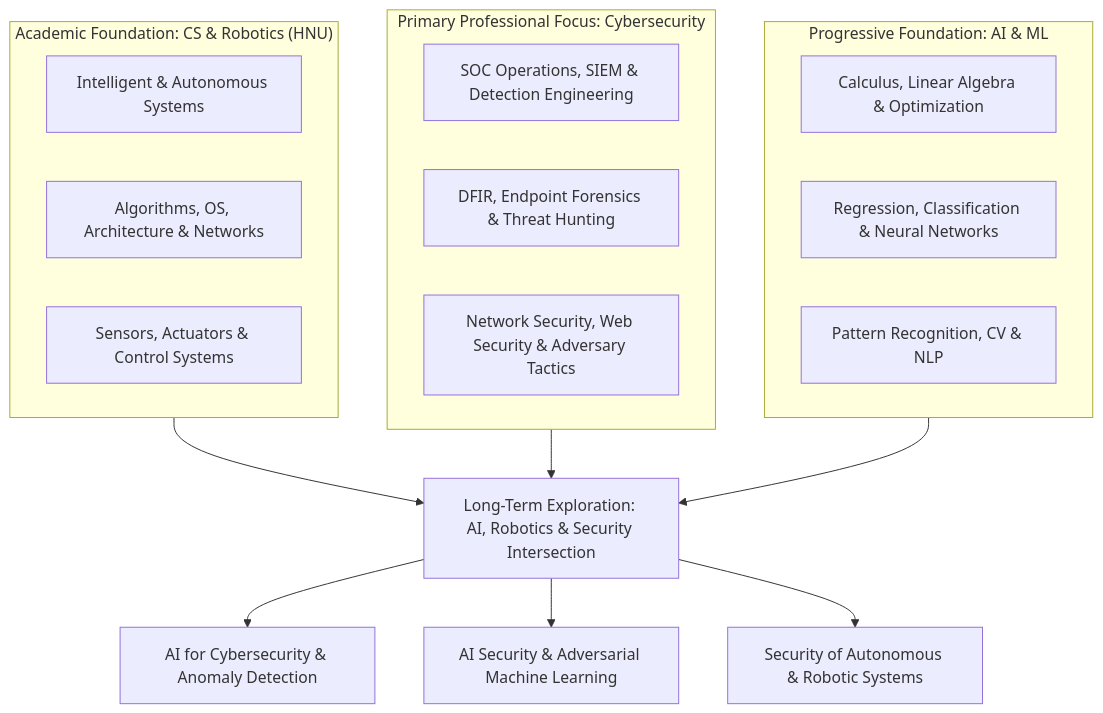
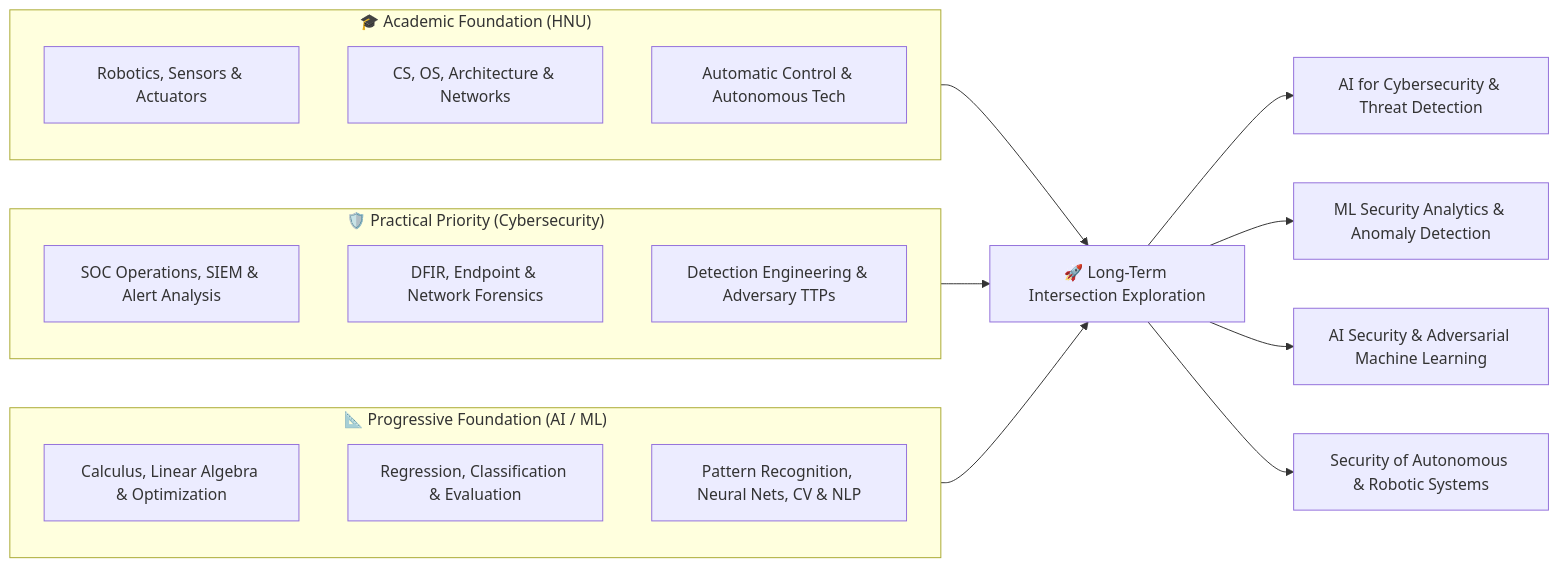
The diagram in README.md (Antonyos-Farag/HOW_AM_I.), drawn with Mermaid before and after one commit. The commit also changed other lines of this file and 10 other files, not shown here.

````diff
--- a/README.md
+++ b/README.md
@@ -148,28 +240,29 @@
 ```mermaid
-graph TD
-    subgraph CS_Robotics["Academic Foundation: CS & Robotics (HNU)"]
-        R1["Intelligent & Autonomous Systems"]
-        R2["Algorithms, OS, Architecture & Networks"]
-        R3["Sensors, Actuators & Control Systems"]
+graph LR
+    subgraph Academic["🎓 Academic Foundation (HNU)"]
+        A1["Robotics, Sensors & Actuators"]
+        A2["CS, OS, Architecture & Networks"]
+        A3["Automatic Control & Autonomous Tech"]
     end
 
-    subgraph Cyber["Primary Professional Focus: Cybersecurity"]
-        C1["SOC Operations, SIEM & Detection Engineering"]
-        C2["DFIR, Endpoint Forensics & Threat Hunting"]
-        C3["Network Security, Web Security & Adversary Tactics"]
+    subgraph Security["🛡️ Practical Priority (Cybersecurity)"]
+        S1["SOC Operations, SIEM & Alert Analysis"]
+        S2["DFIR, Endpoint & Network Forensics"]
+        S3["Detection Engineering & Adversary TTPs"]
     end
 
-    subgraph AIML["Progressive Foundation: AI & ML"]
+    subgraph MathAI["📐 Progressive Foundation (AI / ML)"]
         M1["Calculus, Linear Algebra & Optimization"]
-        M2["Regression, Classification & Neural Networks"]
-        M3["Pattern Recognition, CV & NLP"]
+        M2["Regression, Classification & Evaluation"]
+        M3["Pattern Recognition, Neural Nets, CV & NLP"]
     end
 
-    CS_Robotics --> Intersection["Long-Term Exploration: AI, Robotics & Security Intersection"]
-    Cyber --> Intersection
-    AIML --> Intersection
+    Academic --> Future["🚀 Long-Term Intersection Exploration"]
+    Security --> Future
+    MathAI --> Future
 
-    Intersection --> I1["AI for Cybersecurity & Anomaly Detection"]
-    Intersection --> I2["AI Security & Adversarial Machine Learning"]
-    Intersection --> I3["Security of Autonomous & Robotic Systems"]
+    Future --> F1["AI for Cybersecurity & Threat Detection"]
+    Future --> F2["ML Security Analytics & Anomaly Detection"]
+    Future --> F3["AI Security & Adversarial Machine Learning"]
+    Future --> F4["Security of Autonomous & Robotic Systems"]
 ```
````
